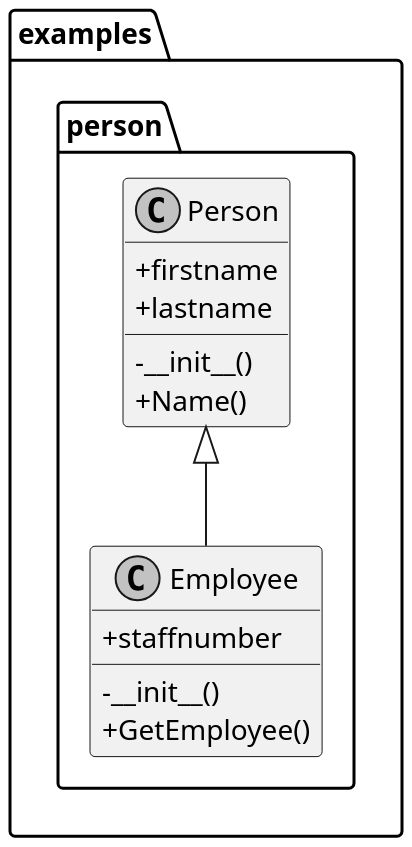
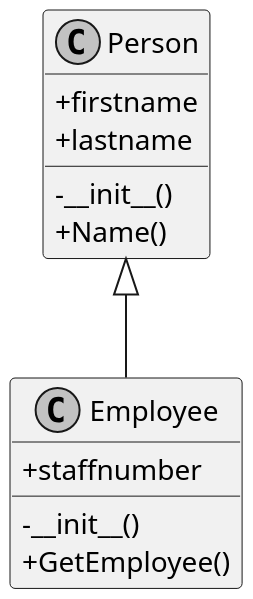
Before and after one commit to deadbok/py-puml-tools: the diagram in py2puml/examples/person.puml, drawn with PlantUML. The commit also changed 5 other files, not shown here.

```diff
--- a/py2puml/examples/person.puml
+++ b/py2puml/examples/person.puml
@@ -1,22 +1,20 @@
 @startuml
 skinparam monochrome true
 skinparam classAttributeIconSize 0
 scale 2
 
-namespace examples {
-  namespace person {
-    class Person {
-      +firstname
-      +lastname
-      -__init__()
-      +Name()
-    }
-    Person <|-- Employee
-    class Employee {
-      +staffnumber
-      -__init__()
-      +GetEmployee()
-    }
-  }
+class Person {
+  +firstname
+  +lastname
+  -__init__()
+  +Name()
 }
+
+Person <|-- Employee
+class Employee {
+  +staffnumber
+  -__init__()
+  +GetEmployee()
+}
+
 @enduml
```
